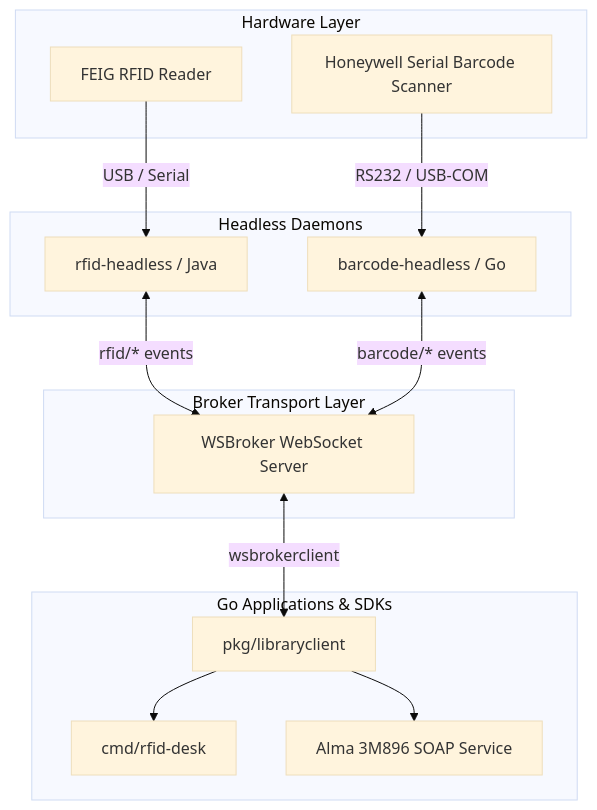
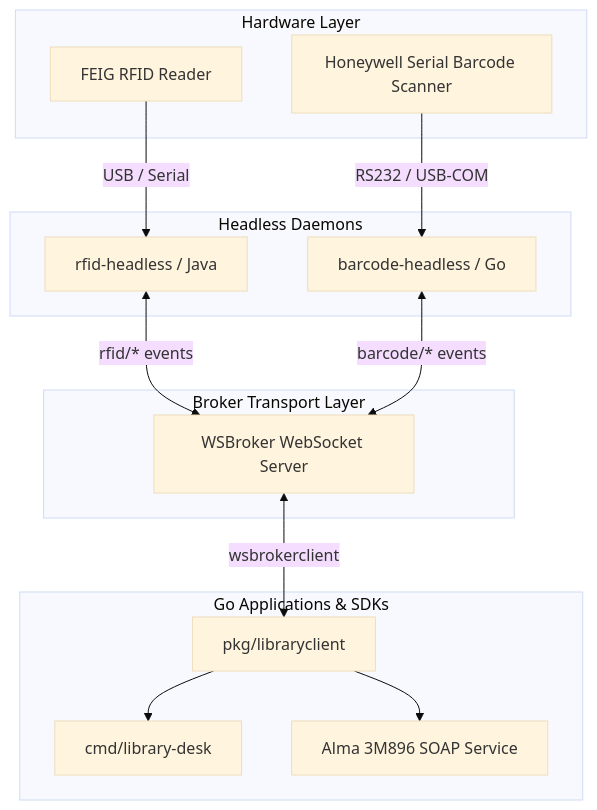
One commit to je4/Library-RFID-Apps changed the diagram in README.md. Above: the diagram before and after it, drawn with Mermaid (base theme). The commit also changed other lines of this file and 11 other files, not shown here.

Commit message:
"Rename `rfid-desk` application to `library-desk` across codebase and configuration files"

````diff
--- a/README.md
+++ b/README.md
@@ -21,33 +21,33 @@
 ```mermaid
 graph TD
     subgraph Hardware Layer
         HW_RFID[FEIG RFID Reader]
         HW_BARCODE[Honeywell Serial Barcode Scanner]
     end
 
     subgraph Headless Daemons
         HL_RFID[rfid-headless / Java]
         HL_BARCODE[barcode-headless / Go]
     end
 
     subgraph Broker Transport Layer
         WS[WSBroker WebSocket Server]
     end
 
     subgraph Go Applications & SDKs
         LIB_CLIENT[pkg/libraryclient]
-        DESK_APP[cmd/rfid-desk]
+        DESK_APP[cmd/library-desk]
         ALMA_SOAP[Alma 3M896 SOAP Service]
     end
 
     HW_RFID -->|USB / Serial| HL_RFID
     HW_BARCODE -->|RS232 / USB-COM| HL_BARCODE
 
     HL_RFID <-->|rfid/* events| WS
     HL_BARCODE <-->|barcode/* events| WS
 
     WS <-->|wsbrokerclient| LIB_CLIENT
 
     LIB_CLIENT --> DESK_APP
     LIB_CLIENT --> ALMA_SOAP
 ```
````
